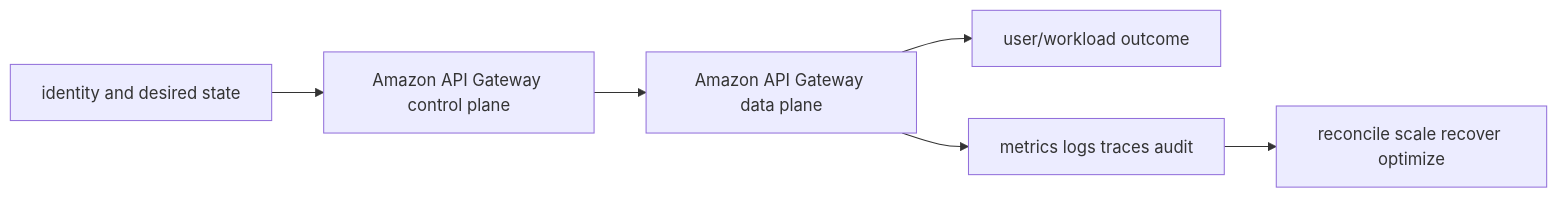
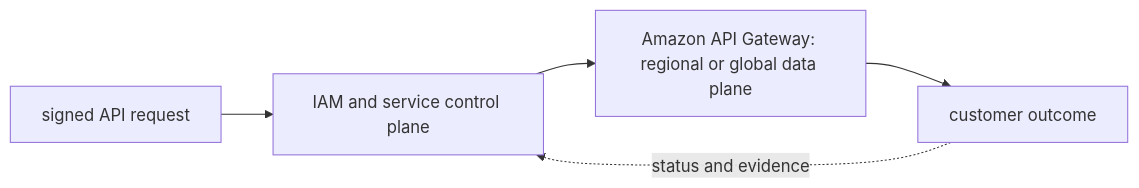
One commit to tomkidumbuyo/DevOps-interview-preparation changed the diagram in 07-aws/08-messaging-serverless/06-api-gateway/README.md. Above: the diagram before and after it, drawn with Mermaid. The commit also changed other lines of this file and 753 other files, not shown here.

````diff
--- a/07-aws/08-messaging-serverless/06-api-gateway/README.md
+++ b/07-aws/08-messaging-serverless/06-api-gateway/README.md
@@ -19,8 +31,7 @@
 ```mermaid
 flowchart LR
-  I[identity and desired state] --> C[Amazon API Gateway control plane]
-  C --> D[Amazon API Gateway data plane]
-  D --> U[user/workload outcome]
-  D --> O[metrics logs traces audit]
-  O --> R[reconcile scale recover optimize]
+  A["signed API request"] --> B["IAM and service control plane"]
+  B --> C["Amazon API Gateway: regional or global data plane"]
+  C --> D["customer outcome"]
+  D -. "status and evidence" .-> B
 ```
````
